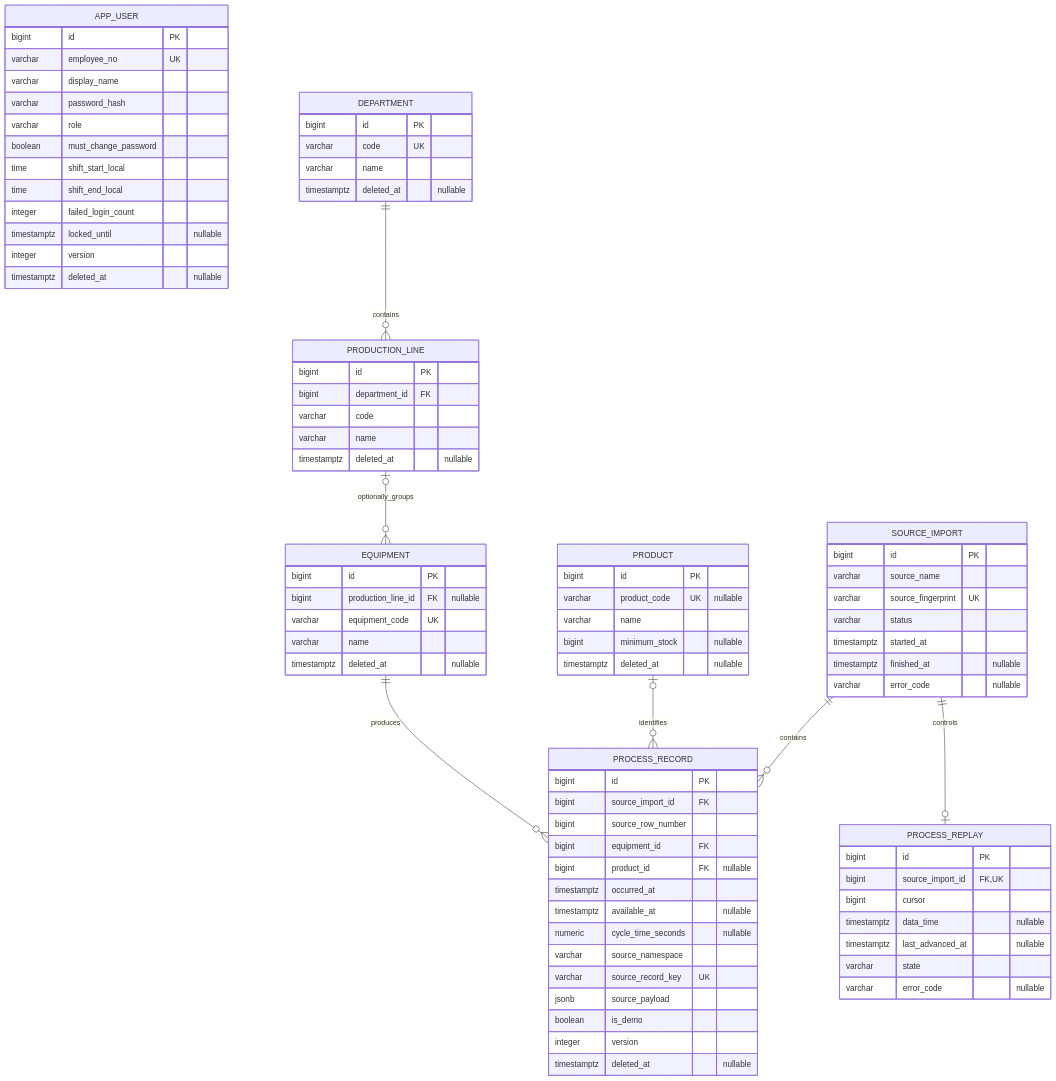
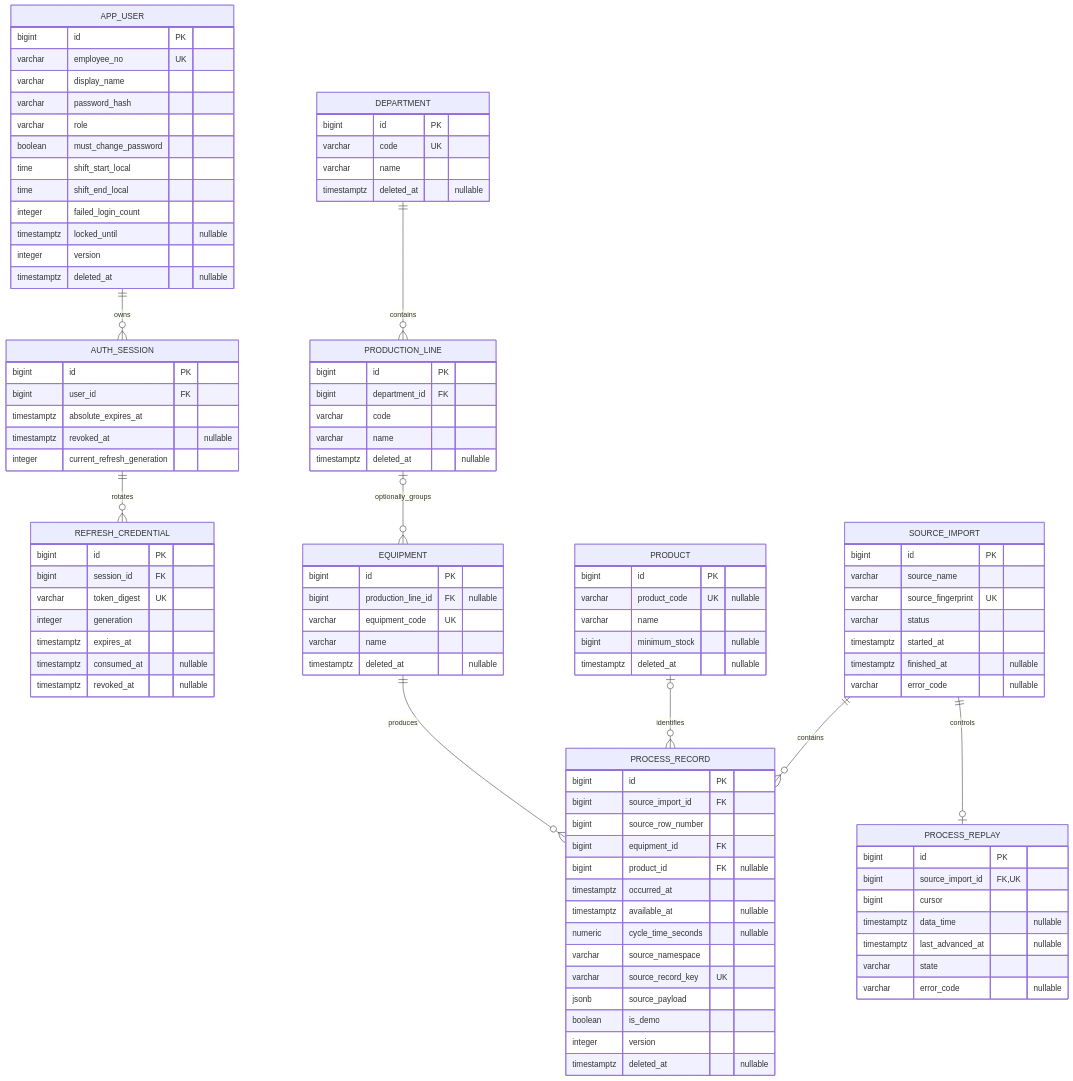
The diagram in BE/docs/ERD.md (Hongssi96/sachulbanjang), drawn with Mermaid before and after one commit. The commit also changed other lines of this file and 5 other files, not shown here.

````diff
--- a/BE/docs/ERD.md
+++ b/BE/docs/ERD.md
@@ -18,6 +18,24 @@
         timestamptz locked_until "nullable"
         integer version
         timestamptz deleted_at "nullable"
+    }
+
+    AUTH_SESSION {
+        bigint id PK
+        bigint user_id FK
+        timestamptz absolute_expires_at
+        timestamptz revoked_at "nullable"
+        integer current_refresh_generation
+    }
+
+    REFRESH_CREDENTIAL {
+        bigint id PK
+        bigint session_id FK
+        varchar token_digest UK
+        integer generation
+        timestamptz expires_at
+        timestamptz consumed_at "nullable"
+        timestamptz revoked_at "nullable"
     }
 
     DEPARTMENT {
@@ -94,4 +112,6 @@
     SOURCE_IMPORT ||--o| PROCESS_REPLAY : controls
     EQUIPMENT ||--o{ PROCESS_RECORD : produces
     PRODUCT o|--o{ PROCESS_RECORD : identifies
+    APP_USER ||--o{ AUTH_SESSION : owns
+    AUTH_SESSION ||--o{ REFRESH_CREDENTIAL : rotates
 ```
````
